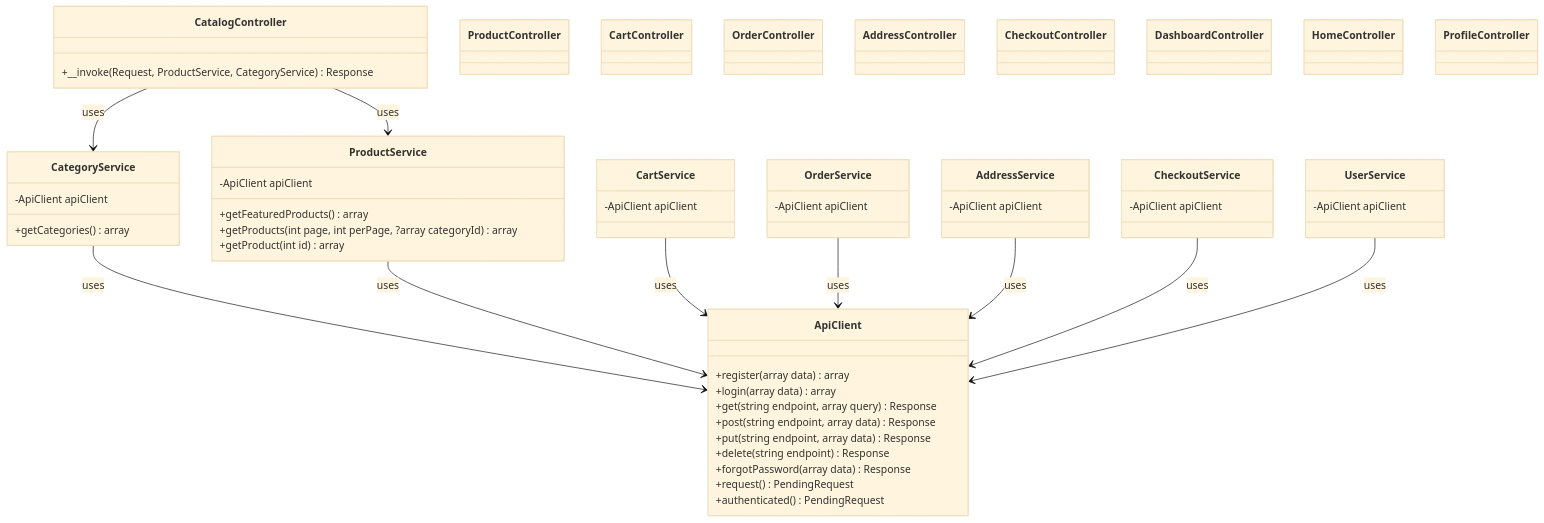
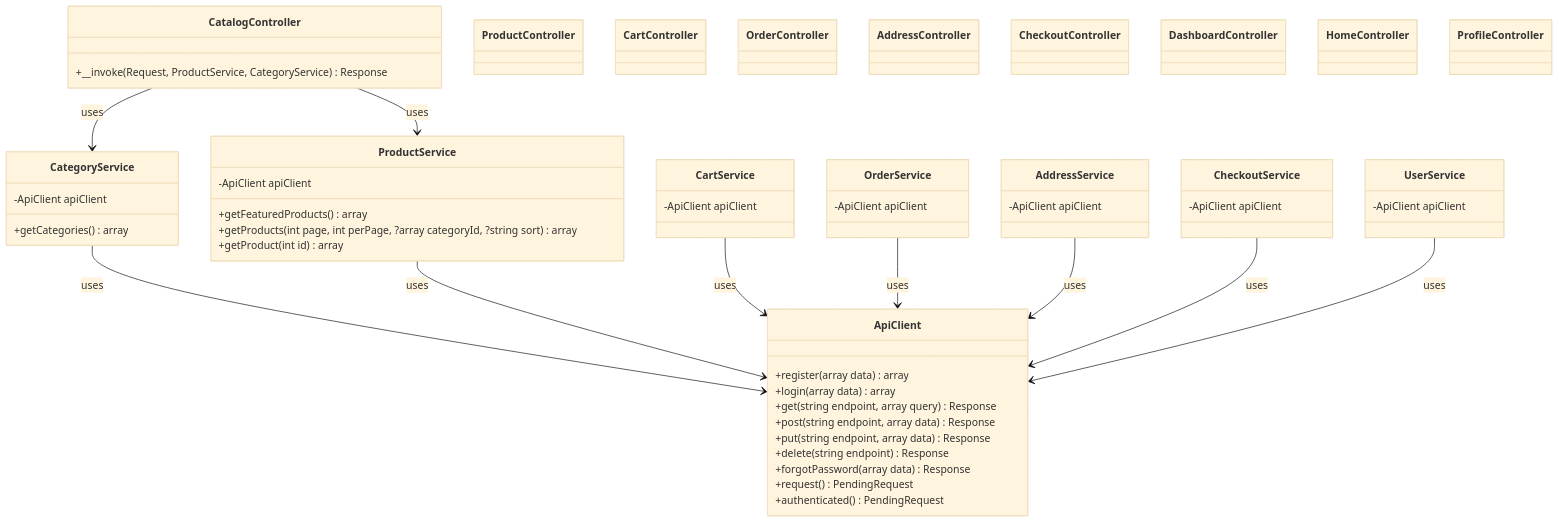
The diagram in uml/entities.mmd (ikonoverde/b2b-mobile), drawn with Mermaid (base theme) before and after one commit. The commit also changed 5 other files, not shown here.

```diff
--- a/uml/entities.mmd
+++ b/uml/entities.mmd
@@ -1,83 +1,83 @@
 classDiagram
     class ApiClient {
         +register(array data) array
         +login(array data) array
         +get(string endpoint, array query) Response
         +post(string endpoint, array data) Response
         +put(string endpoint, array data) Response
         +delete(string endpoint) Response
         +forgotPassword(array data) Response
         +request() PendingRequest
         +authenticated() PendingRequest
     }
 
     class CategoryService {
         -ApiClient apiClient
         +getCategories() array
     }
 
     class ProductService {
         -ApiClient apiClient
         +getFeaturedProducts() array
-        +getProducts(int page, int perPage, ?array categoryId) array
+        +getProducts(int page, int perPage, ?array categoryId, ?string sort) array
         +getProduct(int id) array
     }
 
     class CartService {
         -ApiClient apiClient
     }
 
     class OrderService {
         -ApiClient apiClient
     }
 
     class AddressService {
         -ApiClient apiClient
     }
 
     class CheckoutService {
         -ApiClient apiClient
     }
 
     class UserService {
         -ApiClient apiClient
     }
 
     class CatalogController {
         +__invoke(Request, ProductService, CategoryService) Response
     }
 
     class ProductController {
     }
 
     class CartController {
     }
 
     class OrderController {
     }
 
     class AddressController {
     }
 
     class CheckoutController {
     }
 
     class DashboardController {
     }
 
     class HomeController {
     }
 
     class ProfileController {
     }
 
     CategoryService --> ApiClient : uses
     ProductService --> ApiClient : uses
     CartService --> ApiClient : uses
     OrderService --> ApiClient : uses
     AddressService --> ApiClient : uses
     CheckoutService --> ApiClient : uses
     UserService --> ApiClient : uses
 
     CatalogController --> ProductService : uses
     CatalogController --> CategoryService : uses
```
